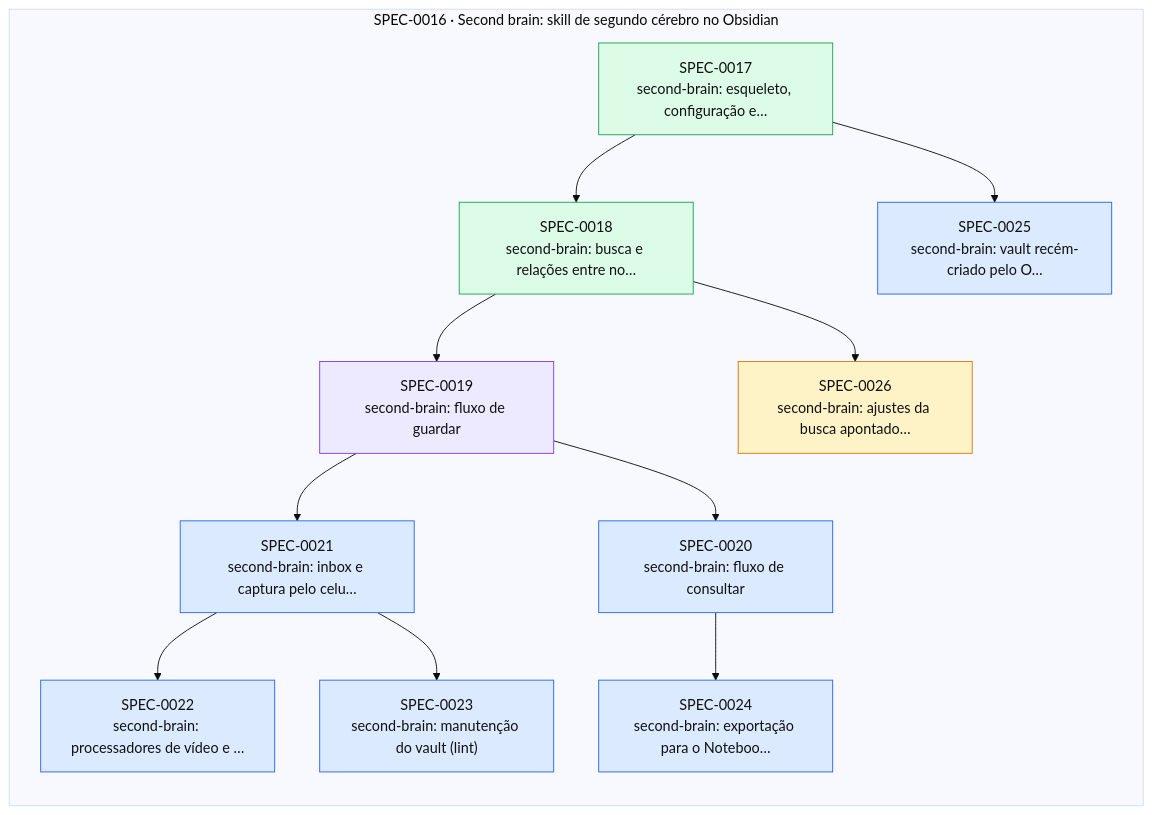
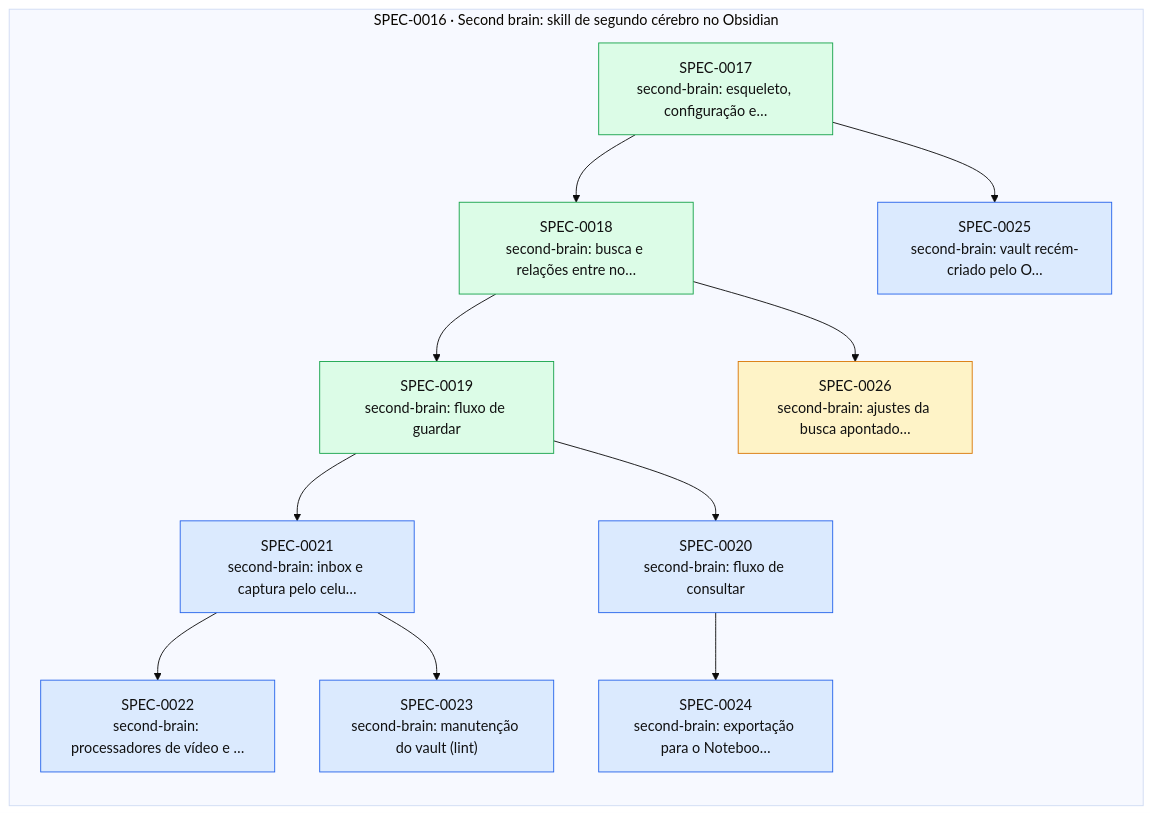
Before and after one commit to thomasravache/ai-dev-brain: the diagram in docs/specs/INDEX.md, drawn with Mermaid (base theme). The commit also changed other lines of this file and 1 other file, not shown here.

First line of the commit message:
docs(specs): G7 e fechamento da SPEC-0019

````diff
--- a/docs/specs/INDEX.md
+++ b/docs/specs/INDEX.md
@@ -52,29 +51,29 @@
 ```mermaid
 flowchart LR
   subgraph E0016["SPEC-0016 · Second brain: skill de segundo cérebro no Obsidian"]
     S0017["SPEC-0017<br/>second-brain: esqueleto, configuração e…"]:::implemented
     S0018["SPEC-0018<br/>second-brain: busca e relações entre no…"]:::implemented
-    S0019["SPEC-0019<br/>second-brain: fluxo de guardar"]:::inprogress
+    S0019["SPEC-0019<br/>second-brain: fluxo de guardar"]:::implemented
     S0020["SPEC-0020<br/>second-brain: fluxo de consultar"]:::approved
     S0021["SPEC-0021<br/>second-brain: inbox e captura pelo celu…"]:::approved
     S0022["SPEC-0022<br/>second-brain: processadores de vídeo e …"]:::approved
     S0023["SPEC-0023<br/>second-brain: manutenção do vault (lint)"]:::approved
     S0024["SPEC-0024<br/>second-brain: exportação para o Noteboo…"]:::approved
     S0025["SPEC-0025<br/>second-brain: vault recém-criado pelo O…"]:::approved
     S0026["SPEC-0026<br/>second-brain: ajustes da busca apontado…"]:::proposed
   end
   S0017 --> S0018
   S0018 --> S0019
   S0019 --> S0020
   S0019 --> S0021
   S0021 --> S0022
   S0021 --> S0023
   S0020 --> S0024
   S0017 --> S0025
   S0018 --> S0026
   classDef proposed fill:#fef3c7,stroke:#d97706,color:#111
   classDef approved fill:#dbeafe,stroke:#2563eb,color:#111
   classDef inprogress fill:#ede9fe,stroke:#7c3aed,color:#111
   classDef implemented fill:#dcfce7,stroke:#16a34a,color:#111
   classDef deprecated fill:#f3f4f6,stroke:#9ca3af,color:#6b7280
 ```
````
